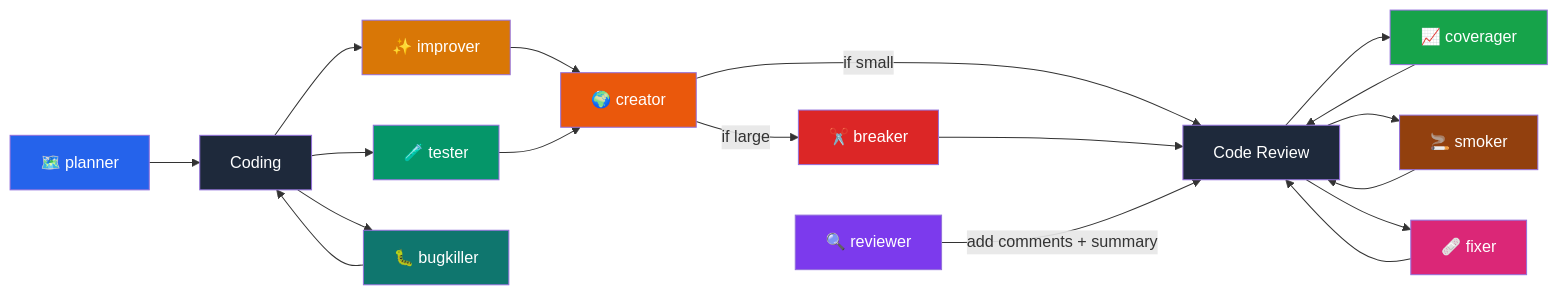
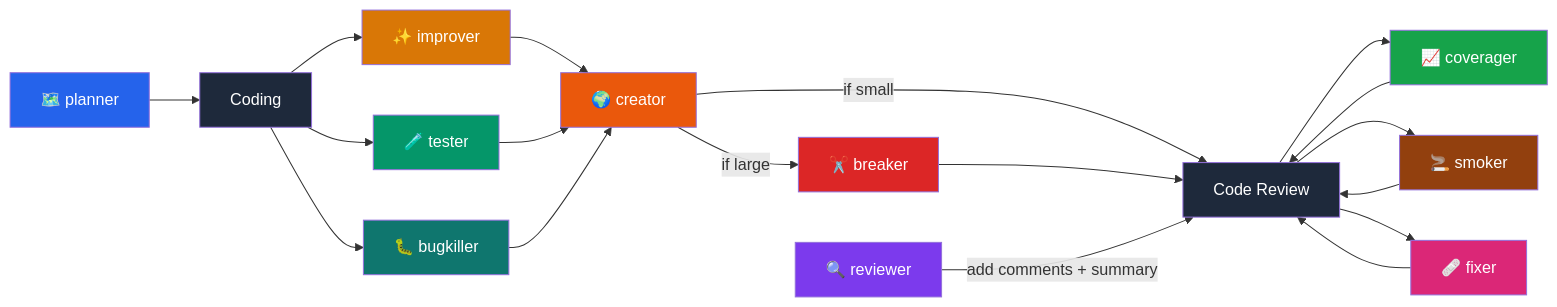
Before and after one commit to Victorcorcos/skills: the diagram in README.md, drawn with Mermaid.

Commit message:
Fix mermaid chart

````diff
--- a/README.md
+++ b/README.md
@@ -59,33 +59,33 @@
 ```mermaid
 flowchart LR
     A[🗺️ planner] --> B[Coding]
     B --> C[✨ improver]
     B --> D[🧪 tester]
     C --> E[🌍 creator]
     D --> E[🌍 creator]
     E -->|if small| F[Code Review]
     E -->|if large| G[✂️ breaker]
     G --> F
     I[🔍 reviewer] -->|add comments + summary| F
     F --> J[📈 coverager]
     J --> F
     F --> L[🚬 smoker]
     L --> F
     F --> H[🩹 fixer]
     H --> F
     B --> K[🐛 bugkiller]
-    K --> B
+    K --> E
 
     style A fill:#2563EB,color:#fff
     style C fill:#D97706,color:#fff
     style D fill:#059669,color:#fff
     style E fill:#EA580C,color:#fff
     style F fill:#1e293b,color:#fff
     style G fill:#DC2626,color:#fff
     style H fill:#DB2777,color:#fff
     style I fill:#7C3AED,color:#fff
     style J fill:#16a34a,color:#fff
     style K fill:#0f766e,color:#fff
     style L fill:#92400e,color:#fff
     style B fill:#1e293b,color:#fff
 ```
````
